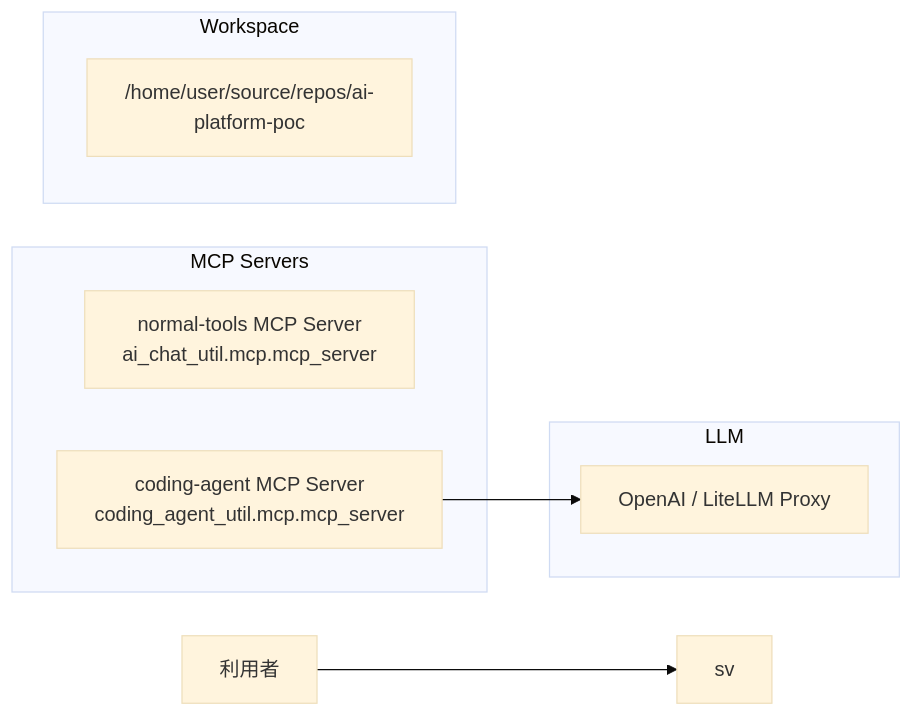
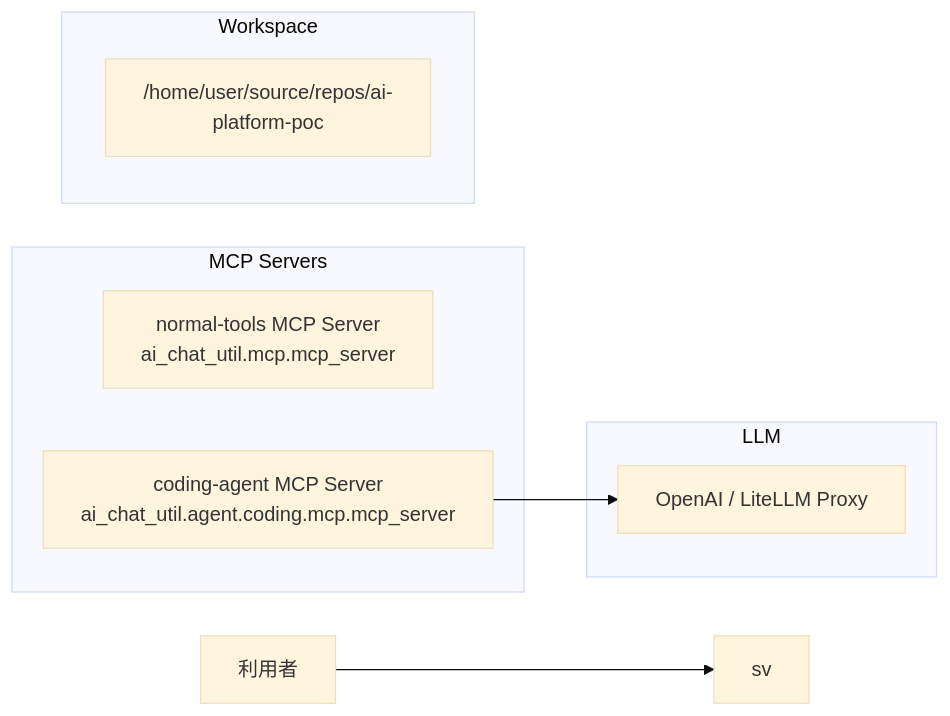
The diagram in docs/11_検証/02_コーディングエージェントのMCPサーバー化検証.md (knd3dayo/ai-platform-poc), drawn with Mermaid (base theme) before and after one commit. The commit also changed other lines of this file and 10 other files, not shown here.

````diff
--- a/docs/11_検証/02_コーディングエージェントのMCPサーバー化検証.md
+++ b/docs/11_検証/02_コーディングエージェントのMCPサーバー化検証.md
@@ -47,20 +47,20 @@
 ```mermaid
 flowchart LR
   user["利用者"]
 
   subgraph mcp_servers["MCP Servers"]
     normal["normal-tools MCP Server<br/>ai_chat_util.mcp.mcp_server"]
-    coding["coding-agent MCP Server<br/>coding_agent_util.mcp.mcp_server"]
+		coding["coding-agent MCP Server<br/>ai_chat_util.agent.coding.mcp.mcp_server"]
   end
 
   subgraph workspace["Workspace"]
     repo["/home/user/source/repos/ai-platform-poc"]
   end
 
   subgraph llm["LLM"]
     model["OpenAI / LiteLLM Proxy"]
   end
 
   user --> sv
   coding --> model
 ```
````
